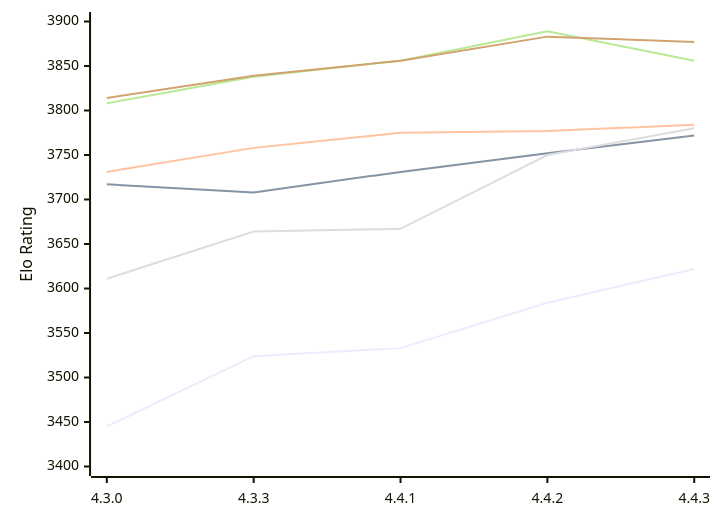
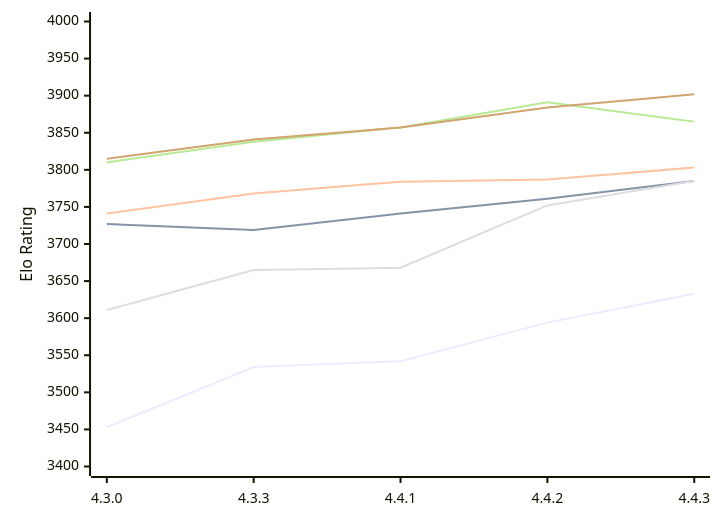
Before and after one commit to computer-chess-index/cci: the first of 2 diagrams in engines/Gaia.md, drawn with Mermaid. The commit also changed other lines of this file, not shown here.

Commit message:
Update CCI Ratings (ELO VLTC) - 2026-11-07

````diff
--- a/engines/Gaia.md
+++ b/engines/Gaia.md
@@ -61,12 +61,12 @@
 ```mermaid
 %%{init: {"theme":"base","themeVariables":{"seriesColors:['#a3a3a3','#222221','#faa371']}}}%%
 xychart-beta
   x-axis ["4.3.0", "4.3.3", "4.4.1", "4.4.2", "4.4.3"]
-  y-axis "Elo Rating" 3400 --> 3900
-  line "E1: STC (8.0+0.08s)" [3445, 3524, 3533, 3584, 3622]
-  line "E1: LTC (60.0+0.60s)" [3717, 3708, 3731, 3752, 3772]
-  line "E1: VLTC (2m24s+1.12s)" [3731, 3758, 3775, 3777, 3784]
-  line "P1: STC (8.0+0.08s)" [3611, 3664, 3667, 3750, 3780]
-  line "P1: LTC (60.0+0.60s)" [3808, 3838, 3856, 3889, 3856]
-  line "P1: VLTC (2m24s+1.12s)" [3814, 3839, 3856, 3883, 3877]
+  y-axis "Elo Rating" 3400 --> 4000
+  line "E1: STC (8.0+0.08s)" [3453, 3534, 3542, 3594, 3633]
+  line "E1: LTC (60.0+0.60s)" [3727, 3719, 3741, 3761, 3785]
+  line "E1: VLTC (2m24s+1.12s)" [3741, 3768, 3784, 3787, 3803]
+  line "P1: STC (8.0+0.08s)" [3611, 3665, 3668, 3752, 3785]
+  line "P1: LTC (60.0+0.60s)" [3810, 3838, 3857, 3891, 3865]
+  line "P1: VLTC (2m24s+1.12s)" [3815, 3841, 3857, 3884, 3902]
 ```
````
